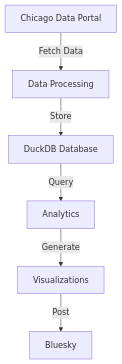
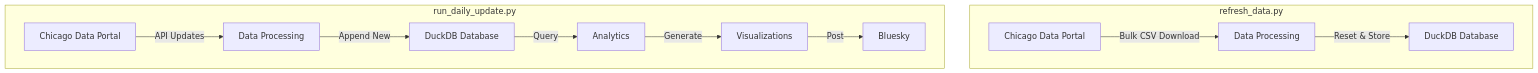
The diagram in README.md (MisterClean/chicago-dig-bot), drawn with Mermaid before and after one commit. The commit also changed other lines of this file, not shown here.

````diff
--- a/README.md
+++ b/README.md
@@ -16,8 +38,15 @@
 ```mermaid
 graph TD
-    A[Chicago Data Portal] -->|Fetch Data| B[Data Processing]
-    B -->|Store| C[DuckDB Database]
-    C -->|Query| D[Analytics]
-    D -->|Generate| E[Visualizations]
-    E -->|Post| F[Bluesky]
+    subgraph Full Refresh [refresh_data.py]
+        A1[Chicago Data Portal] -->|Bulk CSV Download| B1[Data Processing]
+        B1 -->|Reset & Store| C1[DuckDB Database]
+    end
+
+    subgraph Daily Update [run_daily_update.py]
+        A2[Chicago Data Portal] -->|API Updates| B2[Data Processing]
+        B2 -->|Append New| C2[DuckDB Database]
+        C2 -->|Query| D2[Analytics]
+        D2 -->|Generate| E2[Visualizations]
+        E2 -->|Post| F2[Bluesky]
+    end
 ```
````
